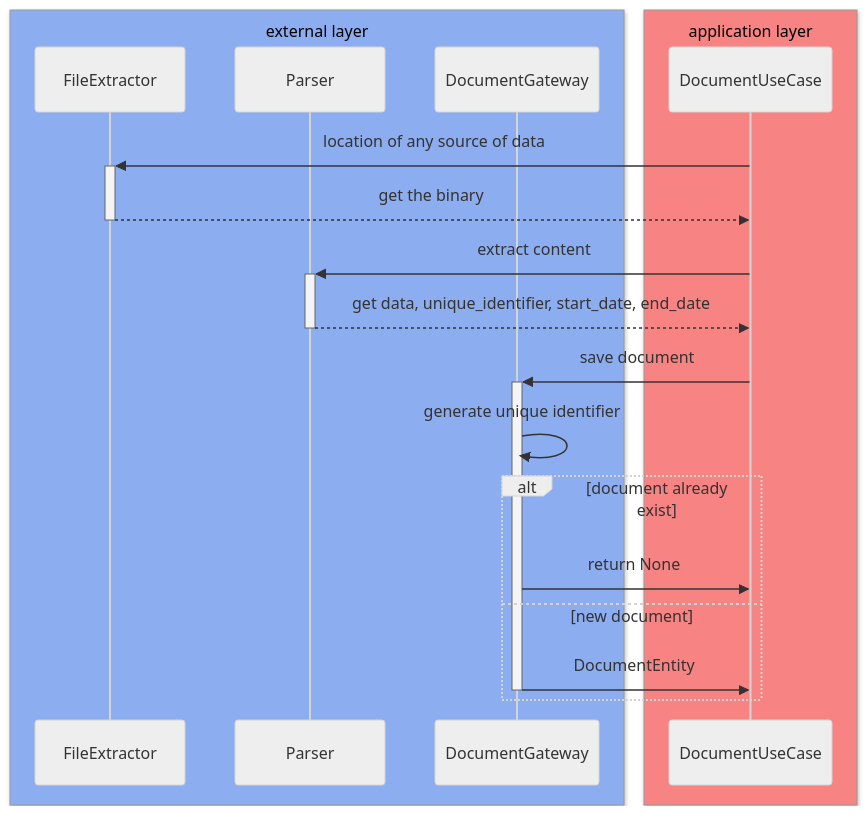
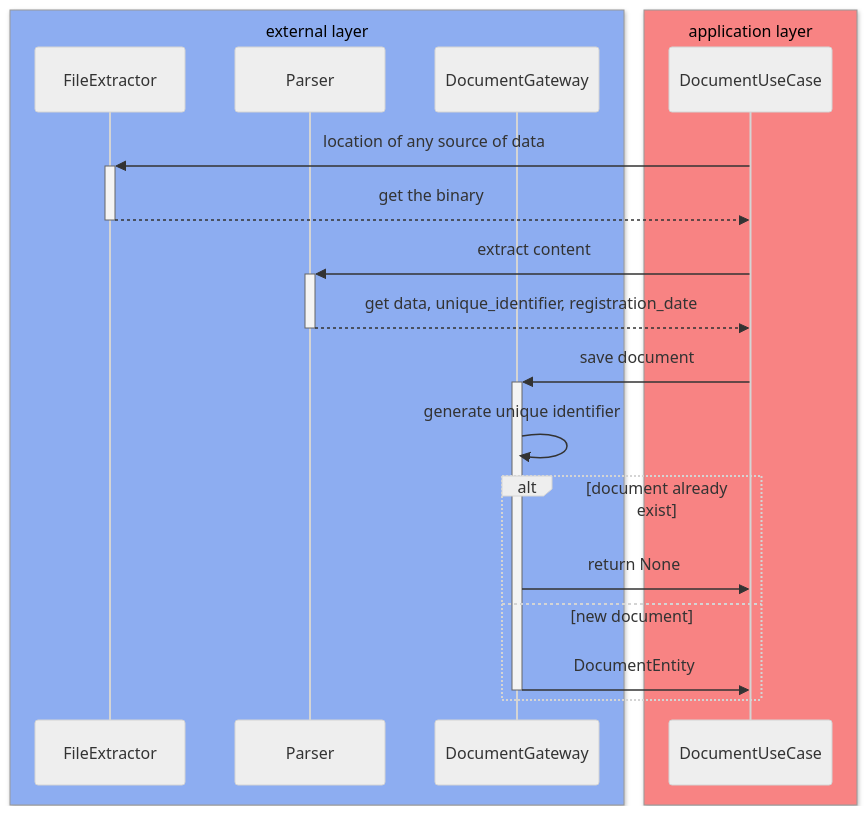
Before and after one commit to josueelias9/improving-BCP-organizate: the first of 2 diagrams in new-service/src/Capplication/README.md, drawn with Mermaid (neutral theme). The commit also changed 14 other files, not shown here.

First line of the commit message:
refactor: refactor document date handling and update README

````diff
--- a/new-service/src/Capplication/README.md
+++ b/new-service/src/Capplication/README.md
@@ -3,28 +3,28 @@
 ```mermaid
 sequenceDiagram
     box rgb(141, 173, 241) external layer
     participant FileExtractor
     participant Parser
     participant DocumentGateway
     end
 
     box rgb(248, 131, 131) application layer
     participant DocumentUseCase
     end
     
     DocumentUseCase->>+FileExtractor: location of any source of data
     FileExtractor-->>-DocumentUseCase: get the binary
 
     DocumentUseCase->>+Parser: extract content
-    Parser-->>-DocumentUseCase: get data, unique_identifier, start_date, end_date
+    Parser-->>-DocumentUseCase: get data, unique_identifier, registration_date
 
     DocumentUseCase->>+DocumentGateway: save document
     DocumentGateway->>DocumentGateway: generate unique identifier
     alt document already exist
     DocumentGateway->>DocumentUseCase: return None
     else new document
     DocumentGateway->>-DocumentUseCase: DocumentEntity
 
     end
 
 ```
````
